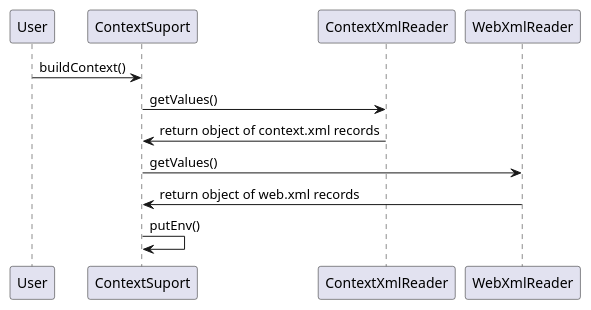
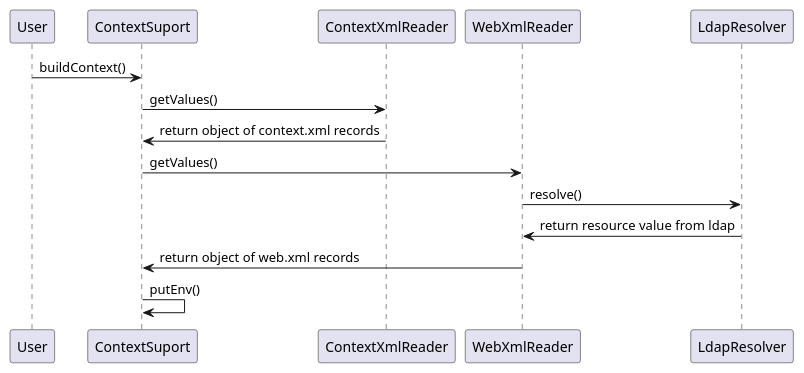
One commit to ilb/node_context changed the diagram in docs/contextsequence.puml. Above: the diagram before and after it, drawn with PlantUML. The commit also changed 1 other file, not shown here.

Commit message:
Добавлен LdapResolver

```diff
--- a/docs/contextsequence.puml
+++ b/docs/contextsequence.puml
@@ -1,10 +1,12 @@
 @startuml
 User -> ContextSuport: buildContext()
 ContextSuport -> ContextXmlReader: getValues()
 ContextXmlReader -> ContextSuport: return object of context.xml records
 
 ContextSuport -> WebXmlReader: getValues()
+WebXmlReader -> LdapResolver: resolve()
+LdapResolver -> WebXmlReader: return resource value from ldap
 WebXmlReader -> ContextSuport: return object of web.xml records
 
 ContextSuport -> ContextSuport: putEnv()
 @enduml
```
